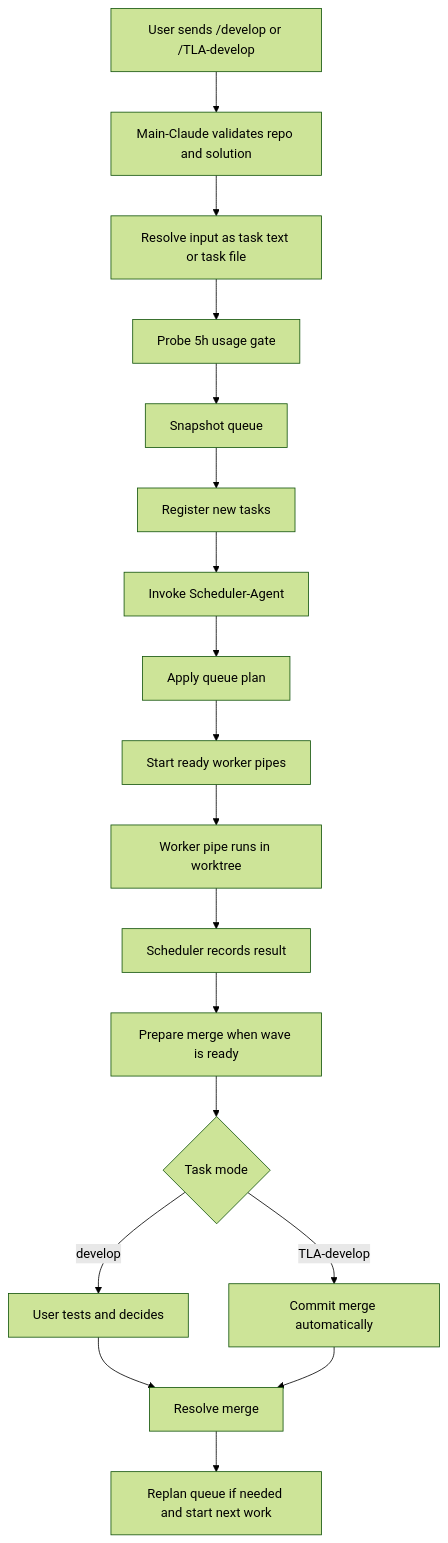
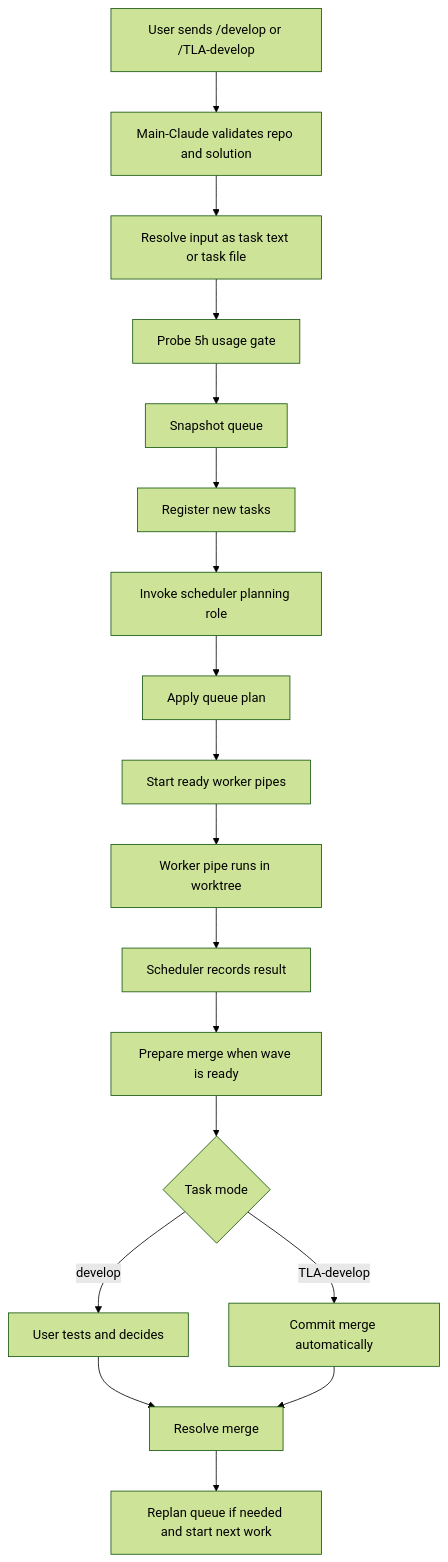
The first of 3 diagrams in AUTODEV_PIPE_REPORT.md (TLeiott/T.L-Marketplace4CCToolz), drawn with Mermaid (forest theme) before and after one commit. The commit also changed other lines of this file, not shown here.

````diff
--- a/AUTODEV_PIPE_REPORT.md
+++ b/AUTODEV_PIPE_REPORT.md
@@ -108,20 +114,20 @@
 ```mermaid
 flowchart TD
     U[User sends /develop or /TLA-develop] --> M1[Main-Claude validates repo and solution]
     M1 --> M2[Resolve input as task text or task file]
     M2 --> M3[Probe 5h usage gate]
     M3 --> M4[Snapshot queue]
     M4 --> M5[Register new tasks]
-    M5 --> M6[Invoke Scheduler-Agent]
+    M5 --> M6[Invoke scheduler planning role]
     M6 --> M7[Apply queue plan]
     M7 --> M8[Start ready worker pipes]
     M8 --> W[Worker pipe runs in worktree]
     W --> S1[Scheduler records result]
     S1 --> S2[Prepare merge when wave is ready]
     S2 --> I{Task mode}
     I -->|develop| T[User tests and decides]
     I -->|TLA-develop| C[Commit merge automatically]
     T --> R[Resolve merge]
     C --> R
     R --> N[Replan queue if needed and start next work]
 ```
````
